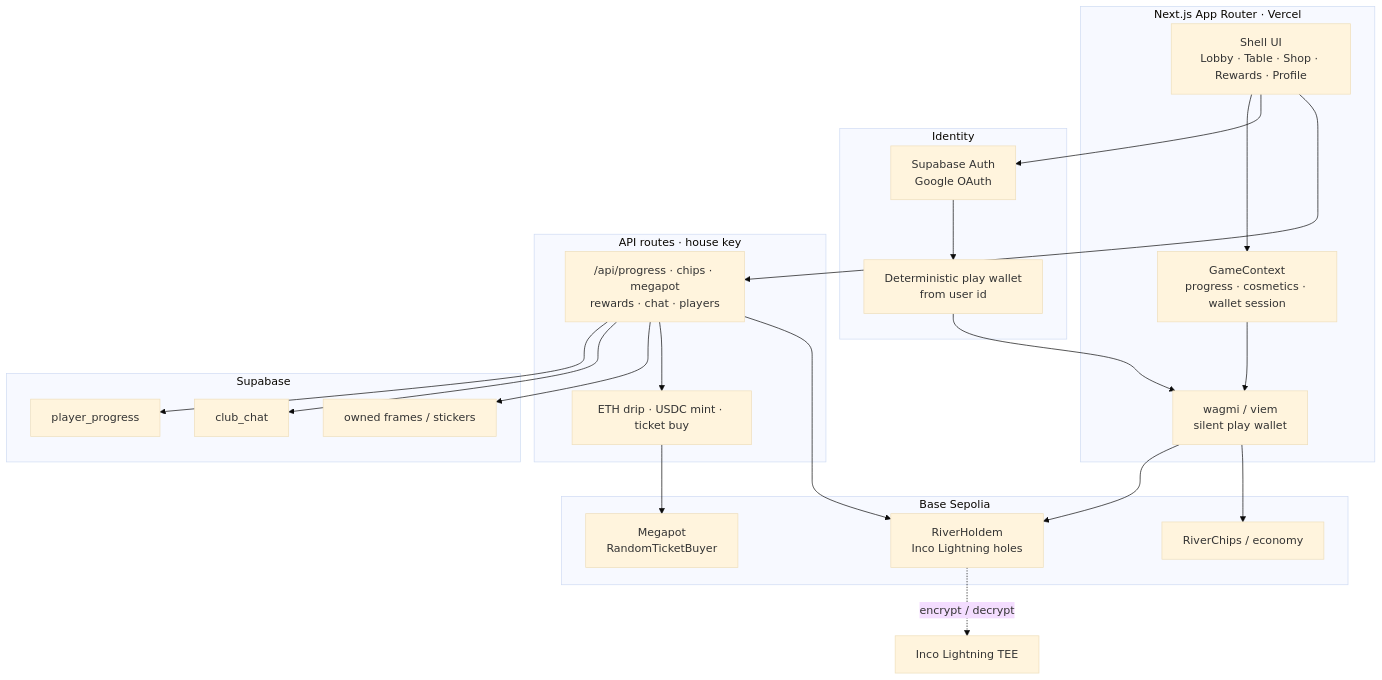
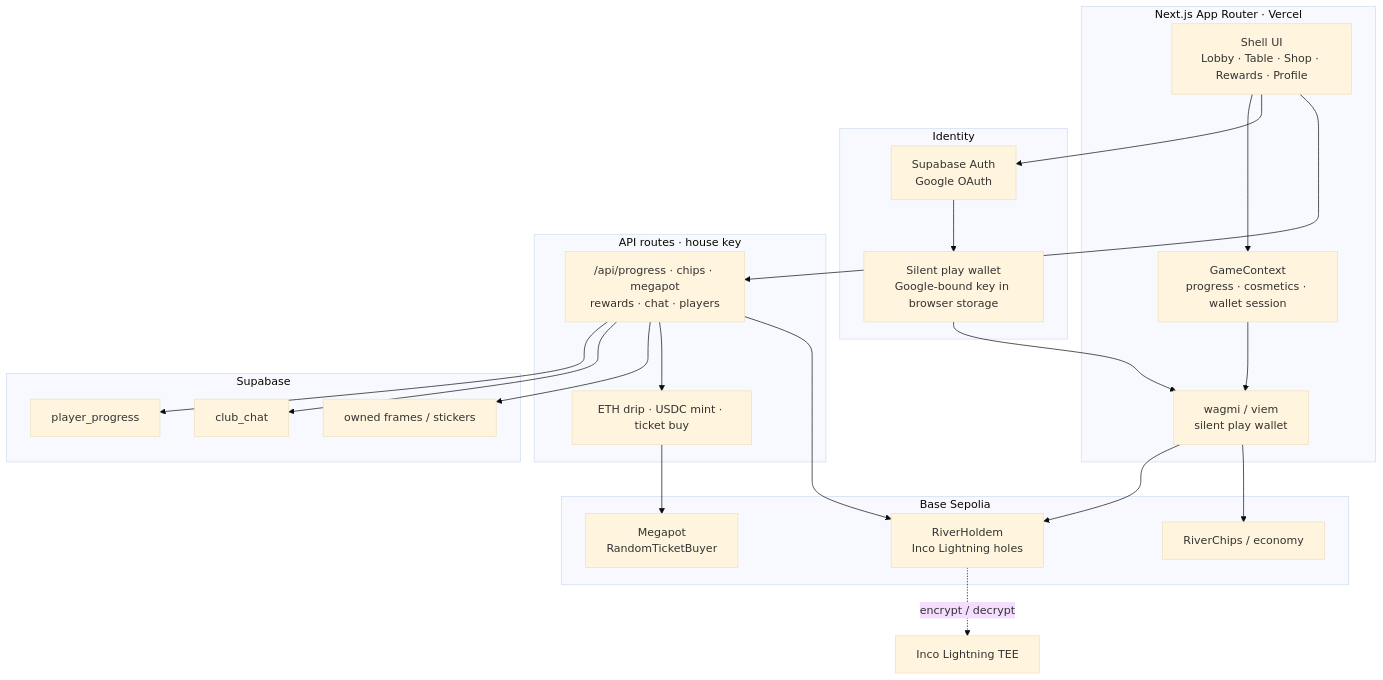
The first of 3 diagrams in README.md (thesithunyein/pi-river), drawn with Mermaid (base theme) before and after one commit. The commit also changed other lines of this file, not shown here.

Commit message:
Align README with live product for jam judges.
Drop the dead mi mirror and correct wallet/Megapot wording so docs match what ships on pi.sithunyein.com.

````diff
--- a/README.md
+++ b/README.md
@@ -50,42 +49,42 @@
 ```mermaid
 flowchart TB
   subgraph Client["Next.js App Router · Vercel"]
     UI["Shell UI<br/>Lobby · Table · Shop · Rewards · Profile"]
     GC["GameContext<br/>progress · cosmetics · wallet session"]
     WG["wagmi / viem<br/>silent play wallet"]
   end
 
   subgraph Auth["Identity"]
     SB["Supabase Auth<br/>Google OAuth"]
-    ID["Deterministic play wallet<br/>from user id"]
+    ID["Silent play wallet<br/>Google-bound key in browser storage"]
   end
 
   subgraph Chain["Base Sepolia"]
     RH["RiverHoldem<br/>Inco Lightning holes"]
     RC["RiverChips / economy"]
     MP["Megapot<br/>RandomTicketBuyer"]
   end
 
   subgraph Server["API routes · house key"]
     API["/api/progress · chips · megapot<br/>rewards · chat · players"]
     DRIP["ETH drip · USDC mint · ticket buy"]
   end
 
   subgraph Data["Supabase"]
     PP["player_progress"]
     CH["club_chat"]
     OW["owned frames / stickers"]
   end
 
   UI --> GC --> WG
   UI --> SB --> ID --> WG
   WG --> RH
   WG --> RC
   UI --> API
   API --> PP
   API --> CH
   API --> OW
   API --> DRIP --> MP
   API --> RH
   RH -. encrypt / decrypt .-> Inco["Inco Lightning TEE"]
 ```
````
